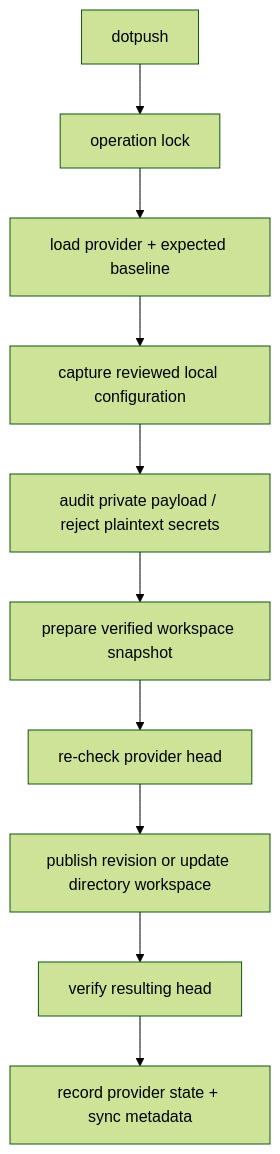
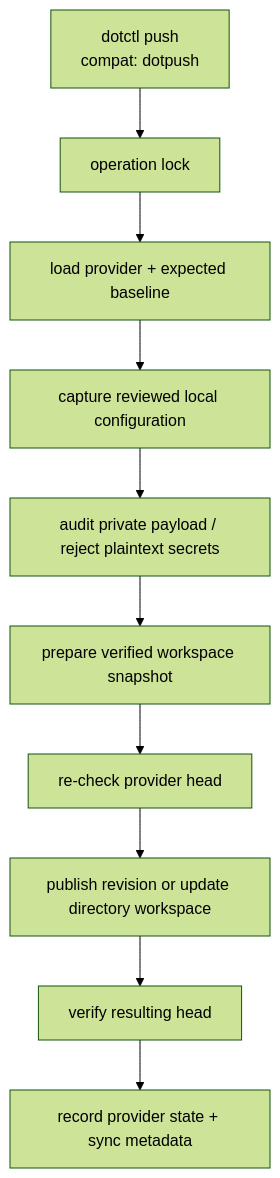
Before and after one commit to Kim-WooJong/Initial-setup: the fifth of 11 diagrams in docs/wiki/Code-Architecture.md, drawn with Mermaid (forest theme). The commit also changed other lines of this file and 172 other files, not shown here.

````diff
--- a/docs/wiki/Code-Architecture.md
+++ b/docs/wiki/Code-Architecture.md
@@ -214,12 +232,12 @@
 ```mermaid
 flowchart TD
-    A[dotpush] --> B[operation lock]
+    A[dotctl push<br/>compat: dotpush] --> B[operation lock]
     B --> C[load provider + expected baseline]
     C --> D[capture reviewed local configuration]
     D --> E[audit private payload / reject plaintext secrets]
     E --> F[prepare verified workspace snapshot]
     F --> G[re-check provider head]
     G --> H[publish revision or update directory workspace]
     H --> I[verify resulting head]
     I --> J[record provider state + sync metadata]
 ```
````
